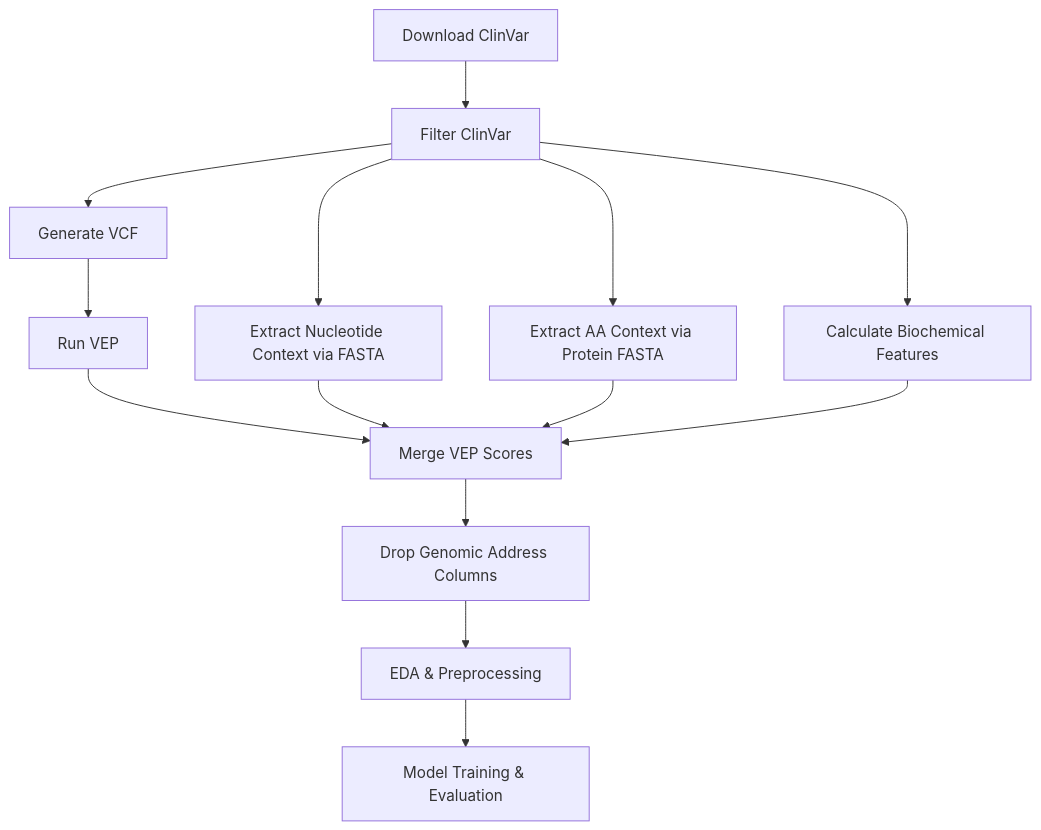
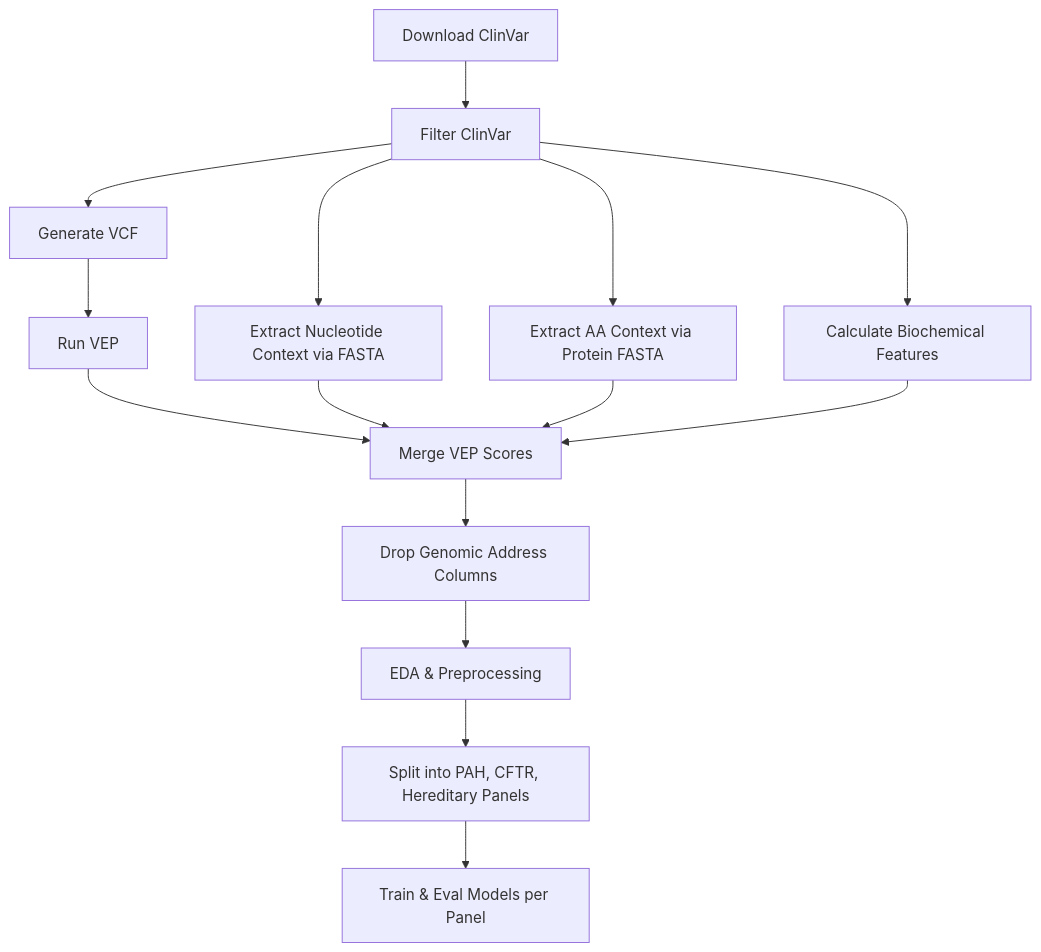
The diagram in PROJECT_PLAN.md (UmuT5513/MissenseClassification), drawn with Mermaid before and after one commit. The commit also changed other lines of this file and 3 other files, not shown here.

````diff
--- a/PROJECT_PLAN.md
+++ b/PROJECT_PLAN.md
@@ -286,16 +286,17 @@
 ```mermaid
 graph TD
     A[Download ClinVar] --> B[Filter ClinVar]
     B --> C[Generate VCF]
     C --> D[Run VEP]
     B --> E[Extract Nucleotide Context via FASTA]
     B --> F[Extract AA Context via Protein FASTA]
     B --> G[Calculate Biochemical Features]
     D --> H[Merge VEP Scores]
     E --> H
     F --> H
     G --> H
     H --> I[Drop Genomic Address Columns]
     I --> J[EDA & Preprocessing]
-    J --> K[Model Training & Evaluation]
+    J --> J1[Split into PAH, CFTR, Hereditary Panels]
+    J1 --> K[Train & Eval Models per Panel]
 ```
````
